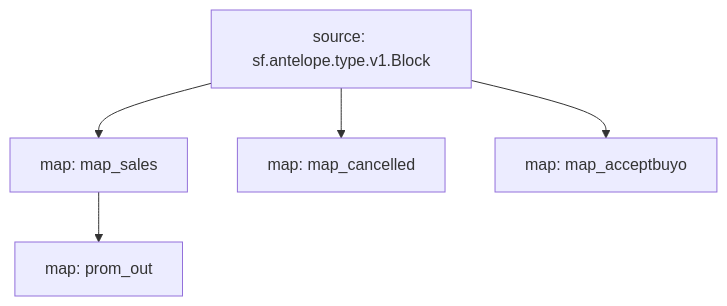
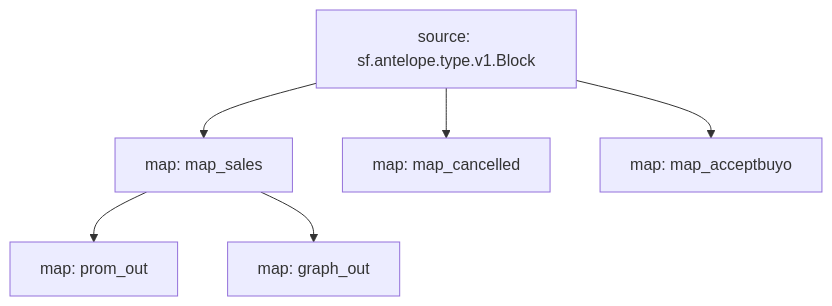
One commit to pinax-network/substreams-atomicmarket changed the diagram in README.md. Above: the diagram before and after it, drawn with Mermaid. The commit also changed other lines of this file and 4 other files, not shown here.

Commit message:
Added graph_out module

````diff
--- a/README.md
+++ b/README.md
@@ -14,12 +16,13 @@
 ```mermaid
 graph TD;
   map_sales[map: map_sales];
   sf.antelope.type.v1.Block[source: sf.antelope.type.v1.Block] --> map_sales;
   map_cancelled[map: map_cancelled];
   sf.antelope.type.v1.Block[source: sf.antelope.type.v1.Block] --> map_cancelled;
   map_acceptbuyo[map: map_acceptbuyo];
   sf.antelope.type.v1.Block[source: sf.antelope.type.v1.Block] --> map_acceptbuyo;
   prom_out[map: prom_out];
   map_sales --> prom_out;
-
+  graph_out[map: graph_out];
+  map_sales --> graph_out;
 ```
````
